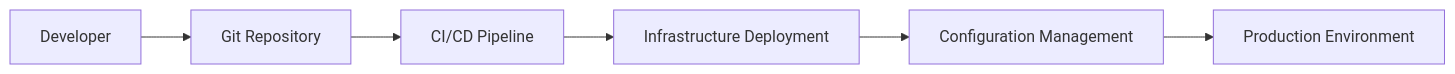
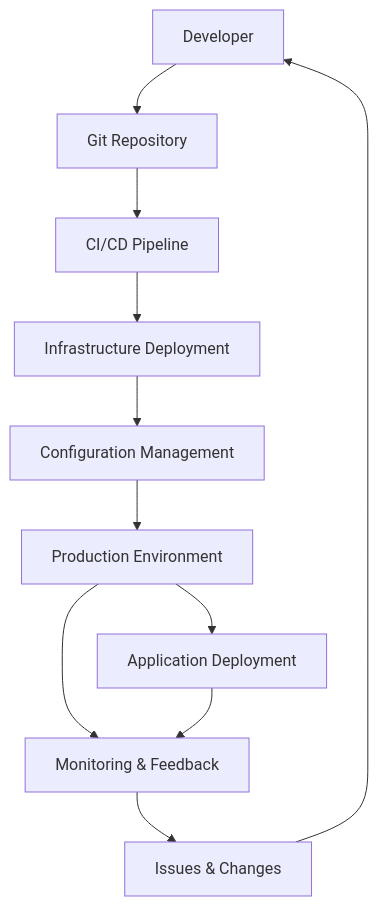
Before and after one commit to samirgonz/cloudarchitect-blog: the diagram in content/posts/iac-management-presentation/index.md, drawn with Mermaid. The commit also changed other lines of this file, not shown here.

First line of the commit message:
Update CI/CD diagram to show closed loop architecture

````diff
--- a/content/posts/iac-management-presentation/index.md
+++ b/content/posts/iac-management-presentation/index.md
@@ -39,8 +39,13 @@
 ```mermaid
-graph LR
+graph TB
     A[Developer] --> B[Git Repository]
     B --> C[CI/CD Pipeline]
     C --> D[Infrastructure Deployment]
     D --> E[Configuration Management]
     E --> F[Production Environment]
+    F --> G[Monitoring & Feedback]
+    G --> H[Issues & Changes]
+    H --> A
+    F --> I[Application Deployment]
+    I --> G
 ```
````
